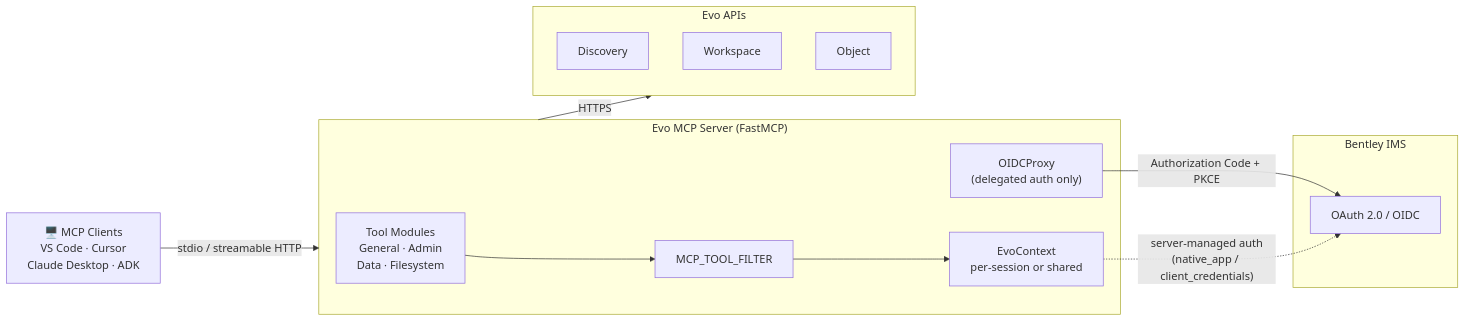
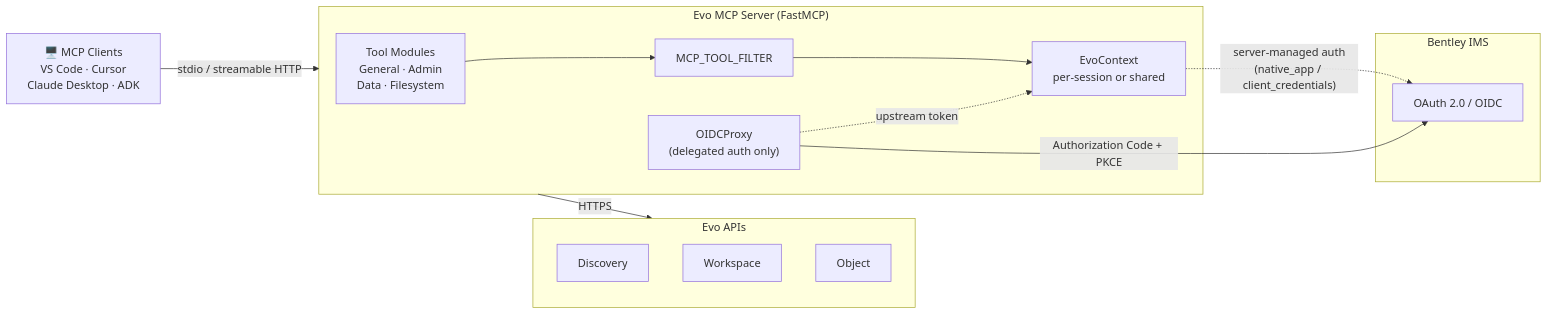
One commit to SeequentEvo/evo-mcp changed the diagram in README.md. Above: the diagram before and after it, drawn with Mermaid.

Commit message:
Fix OIDCProxy and EvoContext relation in server architecture

````diff
--- a/README.md
+++ b/README.md
@@ -60,27 +60,28 @@
 ```mermaid
 flowchart LR
     Clients["🖥️ MCP Clients<br/>VS Code · Cursor<br/>Claude Desktop · ADK"]
     Clients -- "stdio / streamable HTTP" --> Server
     Server -- HTTPS --> APIs
 
     subgraph Server["Evo MCP Server (FastMCP)"]
         Tools["Tool Modules<br/>General · Admin<br/>Data · Filesystem"]
         Filter[MCP_TOOL_FILTER]
         Context[EvoContext<br/>per-session or shared]
         Proxy["OIDCProxy<br/>(delegated auth only)"]
         Tools --> Filter --> Context
+        Proxy -. "upstream token" .-> Context
     end
 
     subgraph IMS["Bentley IMS"]
         OIDC[OAuth 2.0 / OIDC]
     end
 
     subgraph APIs[Evo APIs]
         Discovery[Discovery]
         Workspace[Workspace]
         Object[Object]
     end
 
     Proxy -- "Authorization Code + PKCE" --> OIDC
     Context -. "server-managed auth<br/>(native_app / client_credentials)" .-> OIDC
 ```
````
